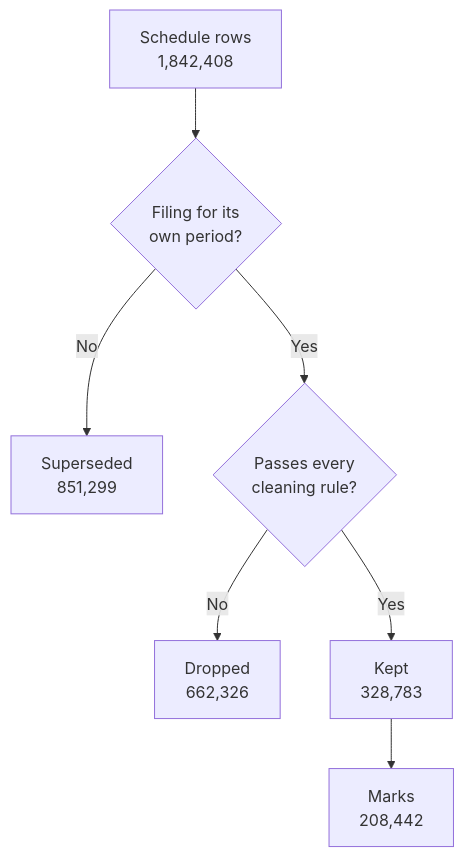
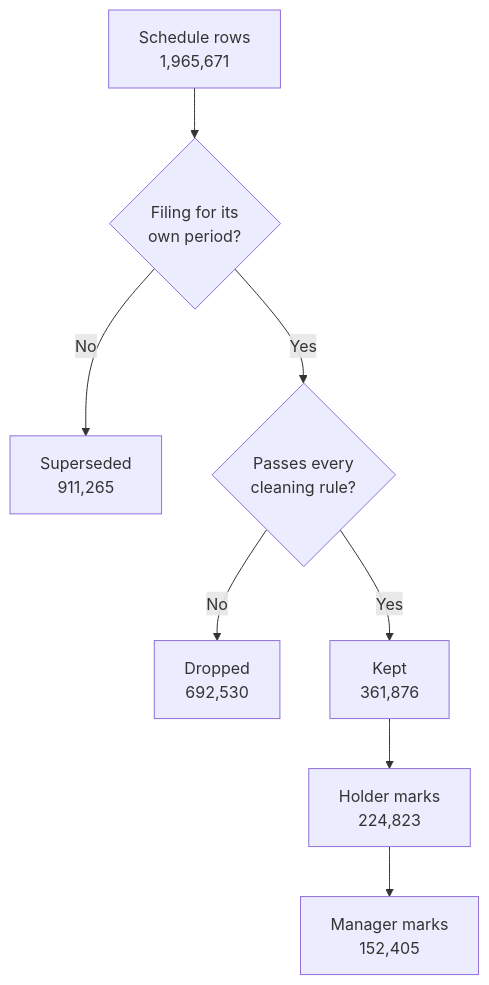
One commit to Rishi0507/Syndicate-Intra-quarter-Level-3-marks changed the diagram in docs/data.md. Above: the diagram before and after it, drawn with Mermaid. The commit also changed other lines of this file and 2 other files, not shown here.

Commit message:
Document the EDGAR fill and reconcile schedule rows with marks

````diff
--- a/docs/data.md
+++ b/docs/data.md
@@ -31,9 +74,10 @@
 ```mermaid
 flowchart TB
-    R["Schedule rows<br/>1,842,408"] --> S{"Filing for its<br/>own period?"}
-    S -- No --> X1["Superseded<br/>851,299"]
+    R["Schedule rows<br/>1,965,671"] --> S{"Filing for its<br/>own period?"}
+    S -- No --> X1["Superseded<br/>911,265"]
     S -- Yes --> C{"Passes every<br/>cleaning rule?"}
-    C -- No --> X2["Dropped<br/>662,326"]
-    C -- Yes --> K["Kept<br/>328,783"]
-    K --> M["Marks<br/>208,442"]
+    C -- No --> X2["Dropped<br/>692,530"]
+    C -- Yes --> K["Kept<br/>361,876"]
+    K --> M["Holder marks<br/>224,823"]
+    M --> F["Manager marks<br/>152,405"]
 ```
````
